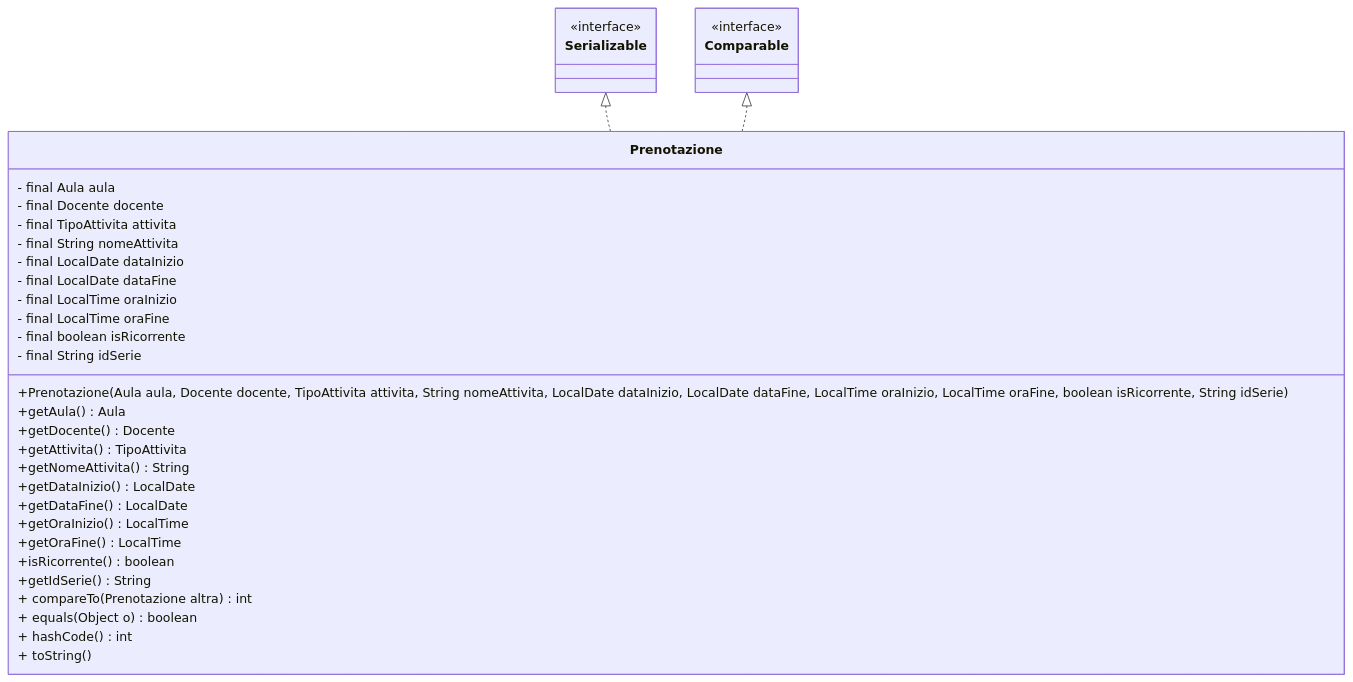
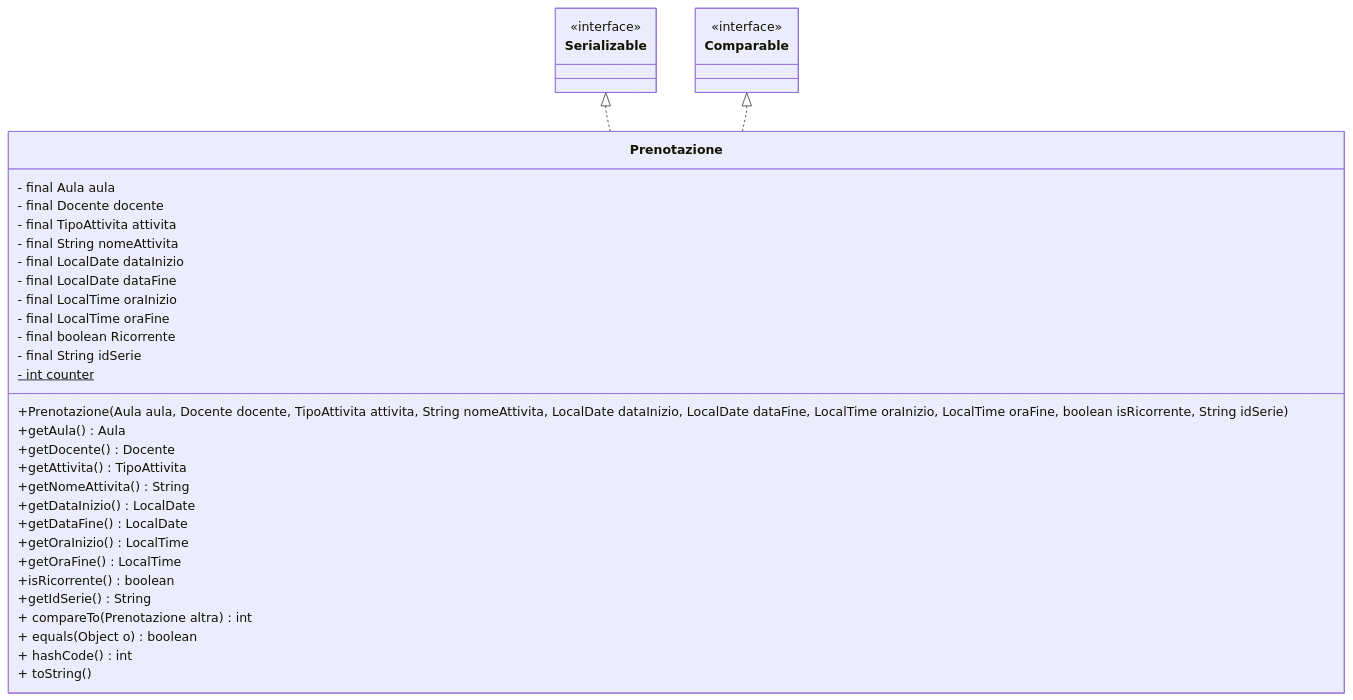
The diagram in diagrams/prenotazioneClassDiagram.md (gcarbone48/PrenotazioneAule5), drawn with Mermaid before and after one commit. The commit also changed 3 other files, not shown here.

````diff
--- a/diagrams/prenotazioneClassDiagram.md
+++ b/diagrams/prenotazioneClassDiagram.md
@@ -1,49 +1,50 @@
 ```mermaid
 classDiagram
 
     class Serializable {
              <<interface>>
     }
     class Comparable {
              <<interface>>
     }
 
     Serializable <|.. Prenotazione
     Comparable <|.. Prenotazione
 
 
  class Prenotazione{
         - final Aula aula
         - final Docente docente
         - final TipoAttivita attivita
         - final String nomeAttivita
         - final LocalDate dataInizio
         - final LocalDate dataFine
         - final LocalTime oraInizio
         - final LocalTime oraFine
-        - final boolean isRicorrente
-        - final String idSerie 
+        - final boolean Ricorrente
+        - final String idSerie
+        - int counter$
         %% codice interno x controlli nostri
         
         %%Costruttore 
         +Prenotazione(Aula aula, Docente docente, TipoAttivita attivita, String nomeAttivita, LocalDate dataInizio, LocalDate dataFine, LocalTime oraInizio, LocalTime oraFine, boolean isRicorrente, String idSerie) 
         +getAula() Aula
         +getDocente() Docente
         +getAttivita() TipoAttivita
         +getNomeAttivita() String
         +getDataInizio() LocalDate
         +getDataFine() LocalDate
         +getOraInizio() LocalTime
         +getOraFine() LocalTime
         +isRicorrente() boolean
         +getIdSerie() String
 
 
         + compareTo(Prenotazione altra) int
         + equals(Object o) boolean
         + hashCode() int
         + toString()
         
 
     }
 ```
````
